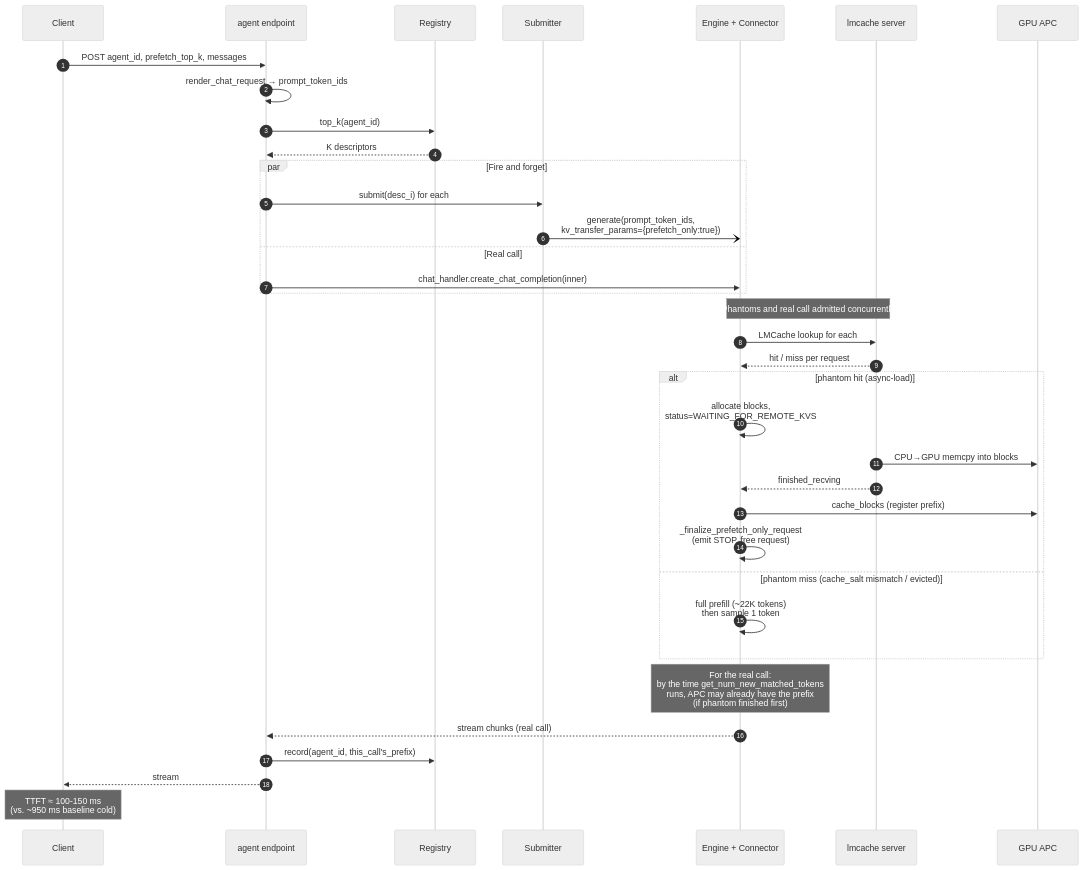
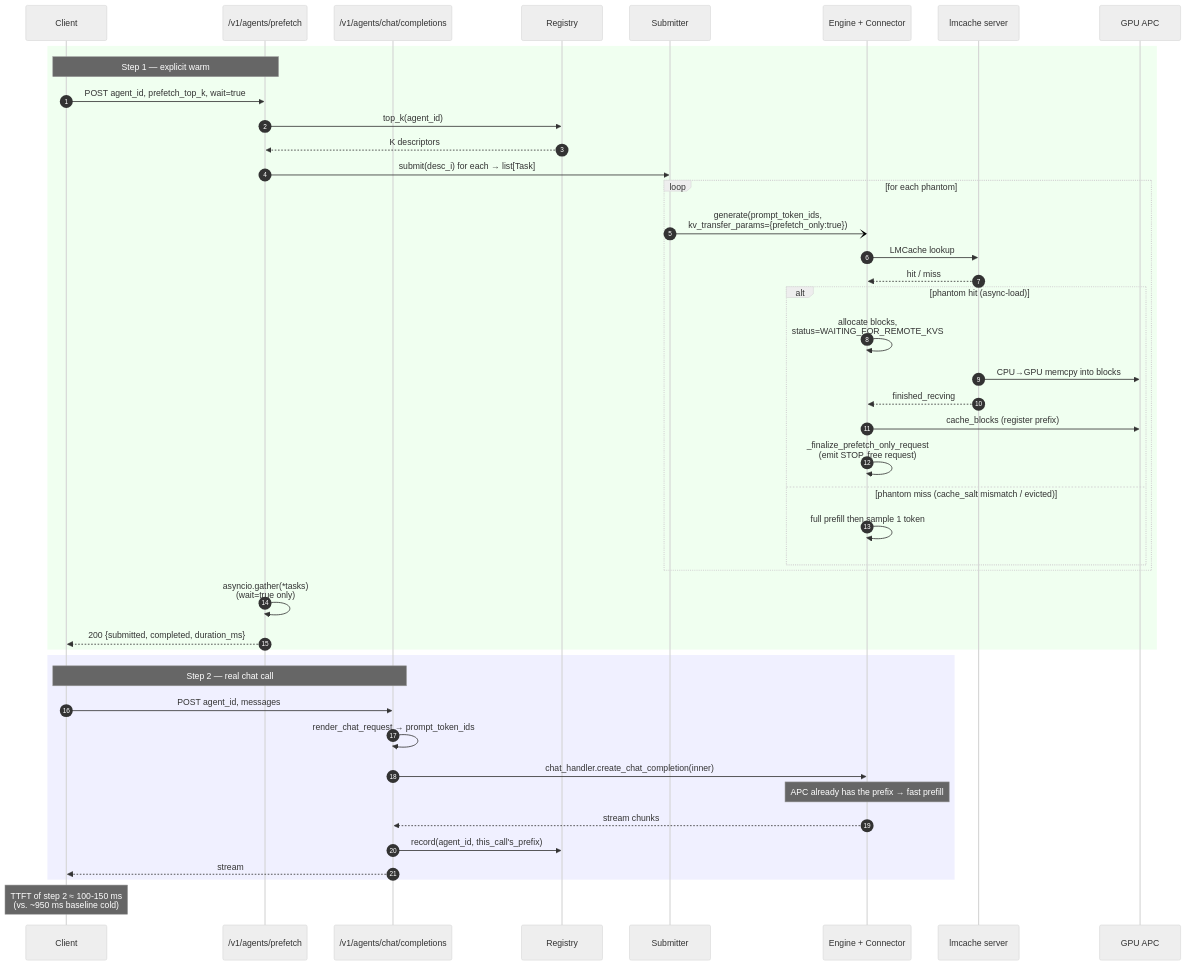
The second of 3 diagrams in plan/architecture.md (HAVibhavSharma/vllm), drawn with Mermaid (neutral theme) before and after one commit. The commit also changed other lines of this file and 5 other files, not shown here.

````diff
--- a/plan/architecture.md
+++ b/plan/architecture.md
@@ -163,46 +183,52 @@
 ```mermaid
 sequenceDiagram
     autonumber
     participant C as Client
-    participant EP as agent endpoint
+    participant PRE as /v1/agents/prefetch
+    participant CHAT as /v1/agents/chat/completions
     participant REG as Registry
     participant SUB as Submitter
     participant ENG as Engine + Connector
     participant LMC as lmcache server
     participant APC as GPU APC
 
-    C->>EP: POST agent_id, prefetch_top_k, messages
-    EP->>EP: render_chat_request → prompt_token_ids
-    EP->>REG: top_k(agent_id)
-    REG-->>EP: K descriptors
+    rect rgb(240,255,240)
+        Note over C,PRE: Step 1 — explicit warm
+        C->>PRE: POST agent_id, prefetch_top_k, wait=true
+        PRE->>REG: top_k(agent_id)
+        REG-->>PRE: K descriptors
+        PRE->>SUB: submit(desc_i) for each → list[Task]
 
-    par Fire and forget
-        EP->>SUB: submit(desc_i) for each
-        SUB-)ENG: generate(prompt_token_ids,<br/>kv_transfer_params={prefetch_only:true})
-    and Real call
-        EP->>ENG: chat_handler.create_chat_completion(inner)
+        loop for each phantom
+            SUB-)ENG: generate(prompt_token_ids,<br/>kv_transfer_params={prefetch_only:true})
+            ENG->>LMC: LMCache lookup
+            LMC-->>ENG: hit / miss
+
+            alt phantom hit (async-load)
+                ENG->>ENG: allocate blocks,<br/>status=WAITING_FOR_REMOTE_KVS
+                LMC->>APC: CPU→GPU memcpy into blocks
+                LMC-->>ENG: finished_recving
+                ENG->>APC: cache_blocks (register prefix)
+                ENG->>ENG: _finalize_prefetch_only_request<br/>(emit STOP, free request)
+            else phantom miss (cache_salt mismatch / evicted)
+                ENG->>ENG: full prefill then sample 1 token
+            end
+        end
+
+        PRE->>PRE: asyncio.gather(*tasks)<br/>(wait=true only)
+        PRE-->>C: 200 {submitted, completed, duration_ms}
     end
 
-    Note over ENG,LMC: Phantoms and real call admitted concurrently
-
-    ENG->>LMC: LMCache lookup for each
-    LMC-->>ENG: hit / miss per request
-
-    alt phantom hit (async-load)
-        ENG->>ENG: allocate blocks,<br/>status=WAITING_FOR_REMOTE_KVS
-        LMC->>APC: CPU→GPU memcpy into blocks
-        LMC-->>ENG: finished_recving
-        ENG->>APC: cache_blocks (register prefix)
-        ENG->>ENG: _finalize_prefetch_only_request<br/>(emit STOP, free request)
-    else phantom miss (cache_salt mismatch / evicted)
-        ENG->>ENG: full prefill (~22K tokens)<br/>then sample 1 token
+    rect rgb(240,240,255)
+        Note over C,CHAT: Step 2 — real chat call
+        C->>CHAT: POST agent_id, messages
+        CHAT->>CHAT: render_chat_request → prompt_token_ids
+        CHAT->>ENG: chat_handler.create_chat_completion(inner)
+        Note over ENG: APC already has the prefix → fast prefill
+        ENG-->>CHAT: stream chunks
+        CHAT->>REG: record(agent_id, this_call's_prefix)
+        CHAT-->>C: stream
     end
 
-    Note over ENG: For the real call:<br/>by the time get_num_new_matched_tokens<br/>runs, APC may already have the prefix<br/>(if phantom finished first)
-
-    ENG-->>EP: stream chunks (real call)
-    EP->>REG: record(agent_id, this_call's_prefix)
-    EP-->>C: stream
-
-    Note over C: TTFT ≈ 100-150 ms<br/>(vs. ~950 ms baseline cold)
+    Note over C: TTFT of step 2 ≈ 100-150 ms<br/>(vs. ~950 ms baseline cold)
 ```
````
